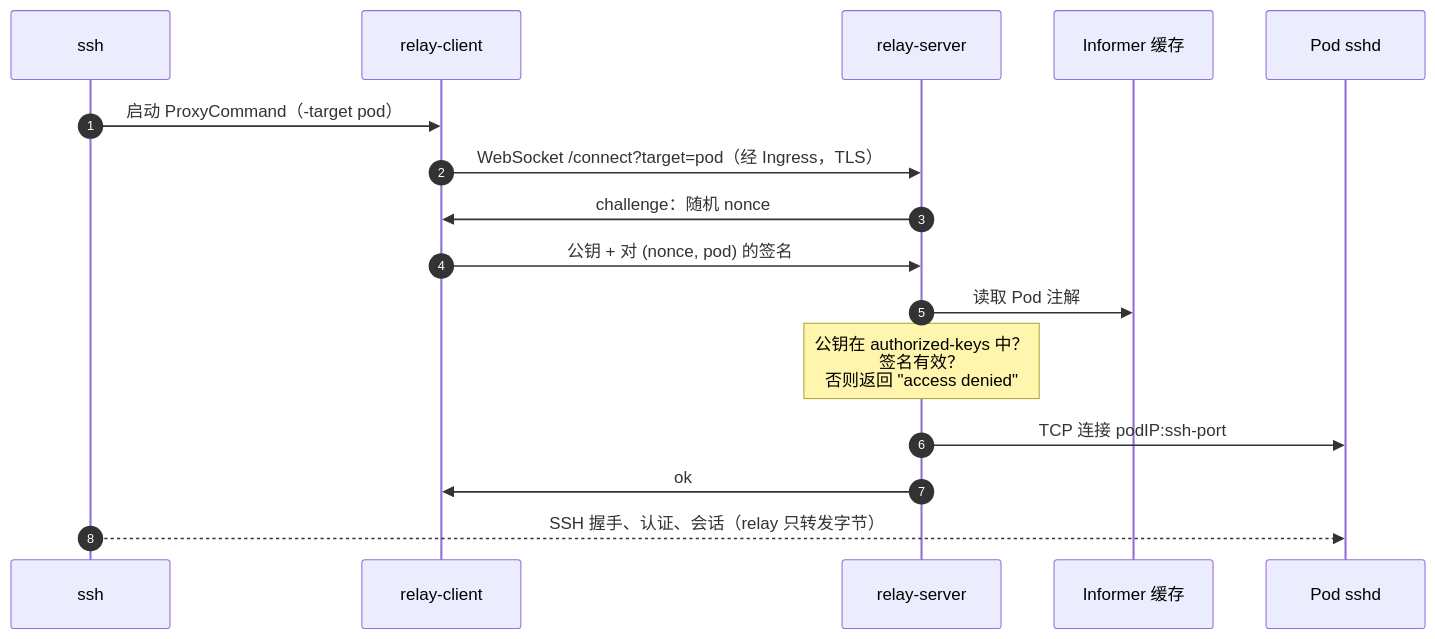
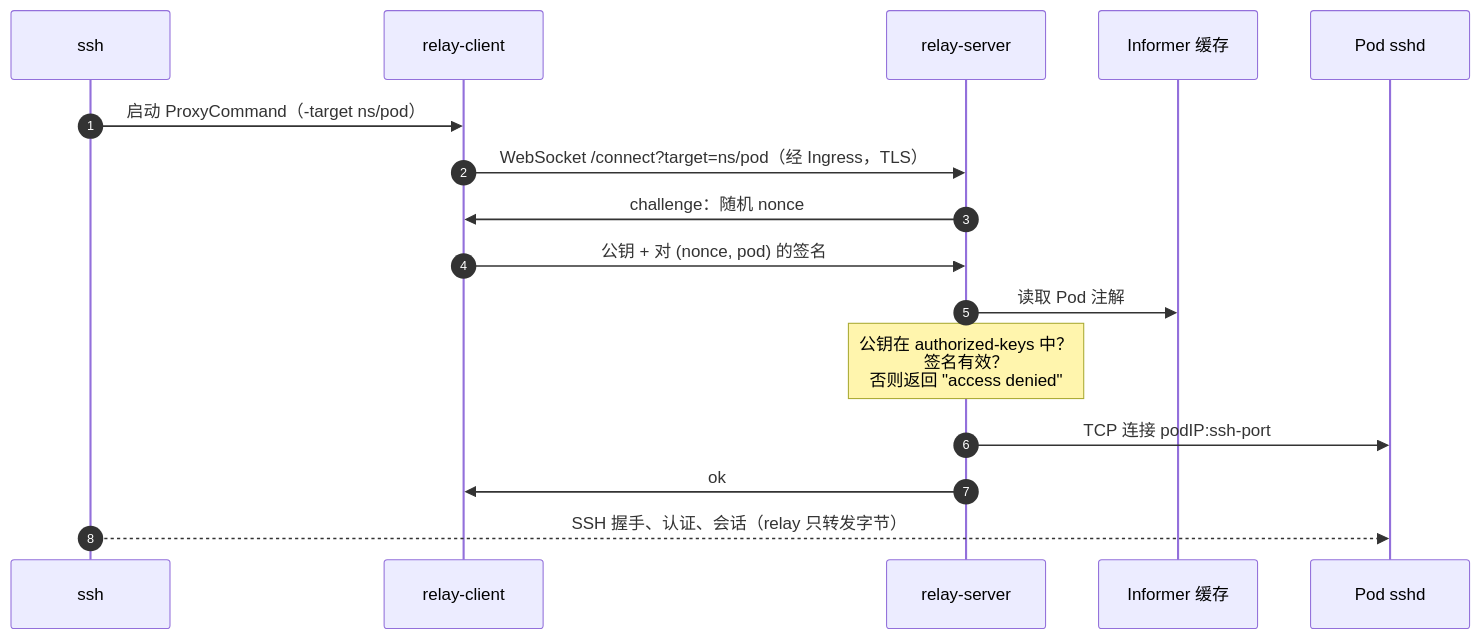
Before and after one commit to fqix/k8s-pod-ssh-relay: the second of 2 diagrams in README.zh-CN.md, drawn with Mermaid. The commit also changed other lines of this file and 10 other files, not shown here.

First line of the commit message:
feat!: address target pods as namespace/pod

````diff
--- a/README.zh-CN.md
+++ b/README.zh-CN.md
@@ -50,19 +54,19 @@
 ```mermaid
 sequenceDiagram
   autonumber
   participant S as ssh
   participant C as relay-client
   participant R as relay-server
   participant I as Informer 缓存
   participant P as Pod sshd
 
-  S->>C: 启动 ProxyCommand（-target pod）
-  C->>R: WebSocket /connect?target=pod（经 Ingress，TLS）
+  S->>C: 启动 ProxyCommand（-target ns/pod）
+  C->>R: WebSocket /connect?target=ns/pod（经 Ingress，TLS）
   R->>C: challenge：随机 nonce
   C->>R: 公钥 + 对 (nonce, pod) 的签名
   R->>I: 读取 Pod 注解
   Note over R: 公钥在 authorized-keys 中？<br/>签名有效？<br/>否则返回 "access denied"
   R->>P: TCP 连接 podIP:ssh-port
   R->>C: ok
   S-->>P: SSH 握手、认证、会话（relay 只转发字节）
 ```
````
